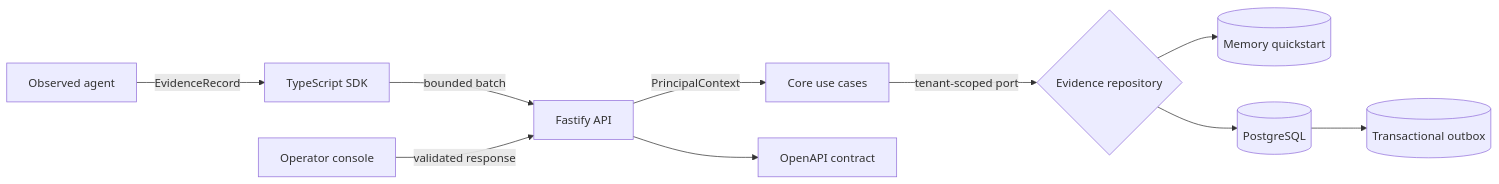
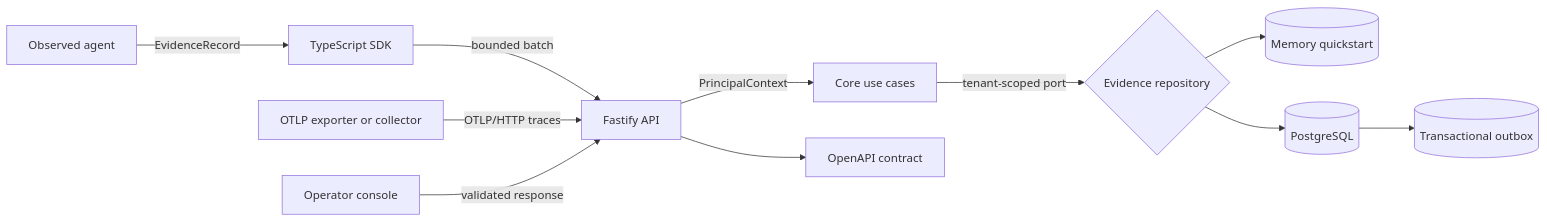
The diagram in README.md (Kwondh0321/proofstack), drawn with Mermaid before and after one commit. The commit also changed other lines of this file and 4 other files, not shown here.

````diff
--- a/README.md
+++ b/README.md
@@ -57,12 +58,13 @@
 ```mermaid
 flowchart LR
     A[Observed agent] -->|EvidenceRecord| S[TypeScript SDK]
     S -->|bounded batch| H[Fastify API]
+    T[OTLP exporter or collector] -->|OTLP/HTTP traces| H
     H -->|PrincipalContext| C[Core use cases]
     C -->|tenant-scoped port| R{Evidence repository}
     R --> M[(Memory quickstart)]
     R --> P[(PostgreSQL)]
     P --> X[(Transactional outbox)]
     W[Operator console] -->|validated response| H
     H --> O[OpenAPI contract]
 ```
````
